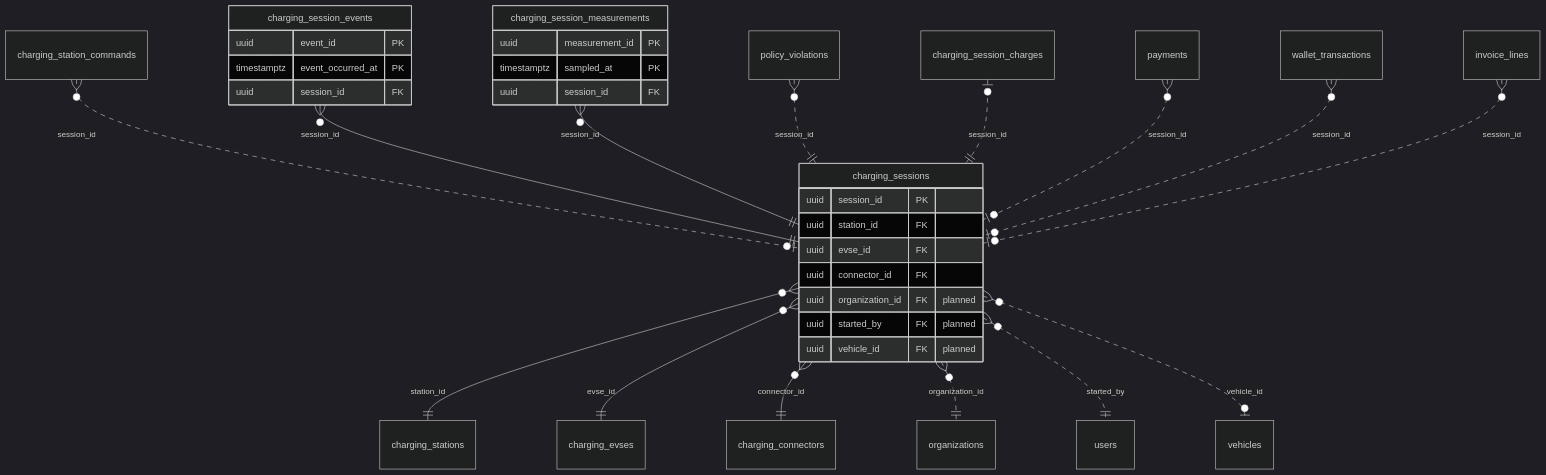
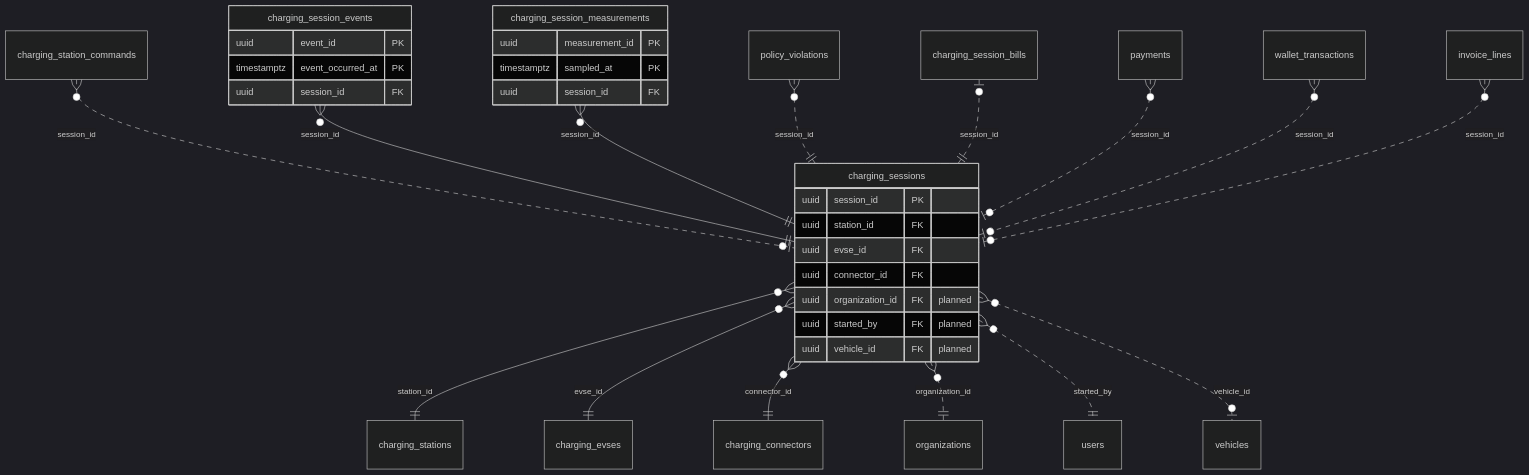
The diagram in docs/design/domain-model/domains/charging_sessions.md (yolo-coccoc/G3Network-app), drawn with Mermaid (dark theme) before and after one commit. The commit also changed other lines of this file and 6 other files, not shown here.

First line of the commit message:
docs(domain-model): rename the session billing record to charging_session_bills

````diff
--- a/docs/design/domain-model/domains/charging_sessions.md
+++ b/docs/design/domain-model/domains/charging_sessions.md
@@ -17,36 +17,36 @@
 ```mermaid
 erDiagram
   charging_sessions {
     uuid session_id PK
     uuid station_id FK
     uuid evse_id FK
     uuid connector_id FK
     uuid organization_id FK "planned"
     uuid started_by FK "planned"
     uuid vehicle_id FK "planned"
   }
   charging_session_events {
     uuid event_id PK
     timestamptz event_occurred_at PK
     uuid session_id FK
   }
   charging_session_measurements {
     uuid measurement_id PK
     timestamptz sampled_at PK
     uuid session_id FK
   }
   charging_station_commands }o..o| charging_sessions : "session_id"
   charging_sessions }o--|| charging_stations : "station_id"
   charging_sessions }o--|| charging_evses : "evse_id"
   charging_sessions }o--|| charging_connectors : "connector_id"
   charging_sessions }o..|| organizations : "organization_id"
   charging_sessions }o..|| users : "started_by"
   charging_sessions }o..o| vehicles : "vehicle_id"
   charging_session_events }o--|| charging_sessions : "session_id"
   charging_session_measurements }o--|| charging_sessions : "session_id"
   policy_violations }o..|| charging_sessions : "session_id"
-  charging_session_charges |o..|| charging_sessions : "session_id"
+  charging_session_bills |o..|| charging_sessions : "session_id"
   payments }o..o| charging_sessions : "session_id"
   wallet_transactions }o..o| charging_sessions : "session_id"
   invoice_lines }o..o| charging_sessions : "session_id"
 ```
````
